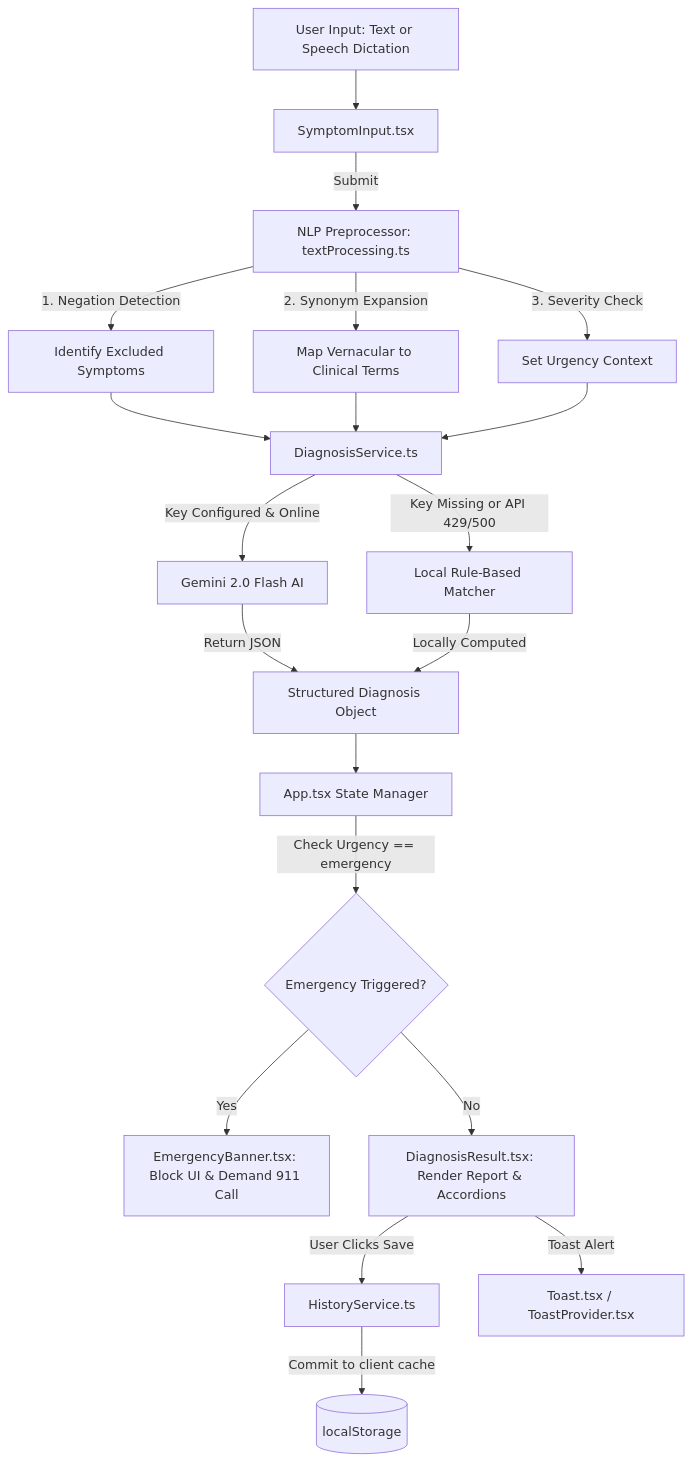
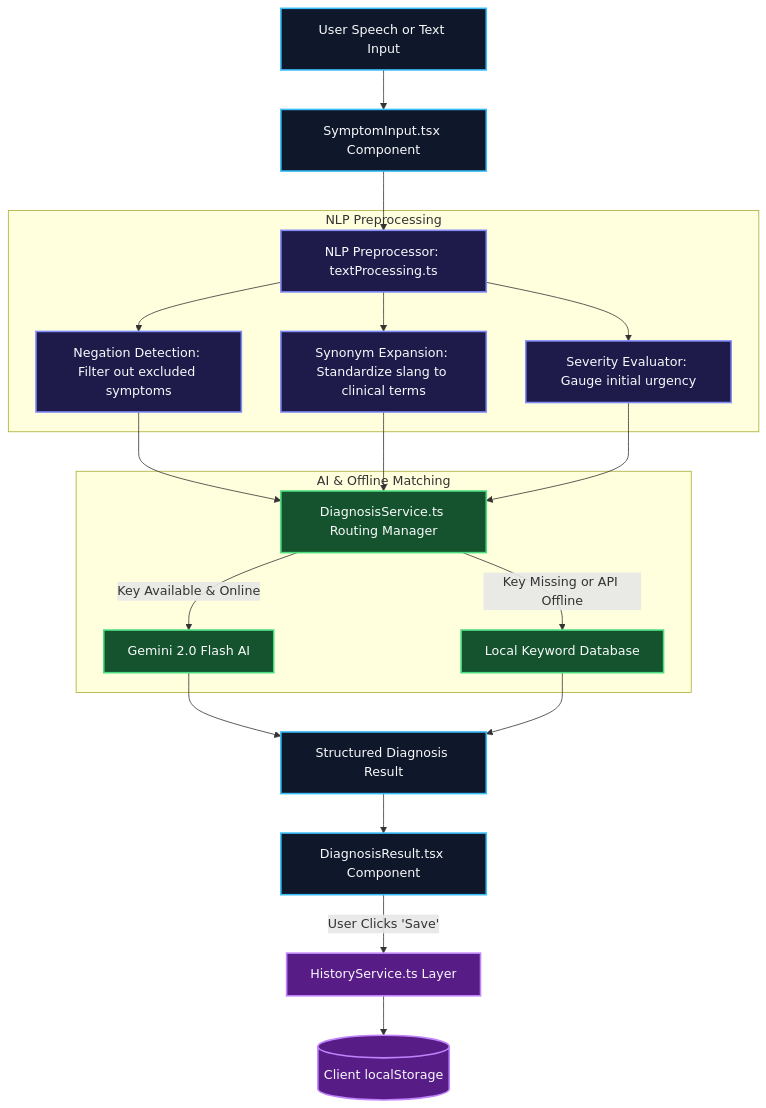
One commit to sriram21-09/AI-Powered-Health-Assistant changed the diagram in README.md. Above: the diagram before and after it, drawn with Mermaid. The commit also changed other lines of this file, not shown here.

Commit message:
docs: Redesign README.md with simple 3-step visualization, clean badges, and color-coded Mermaid architecture flowchart

````diff
--- a/README.md
+++ b/README.md
@@ -44,24 +64,37 @@
 ```mermaid
-graph TD
-    A[User Input: Text or Speech Dictation] --> B[SymptomInput.tsx]
-    B -->|Submit| C[NLP Preprocessor: textProcessing.ts]
-    C -->|1. Negation Detection| D[Identify Excluded Symptoms]
-    C -->|2. Synonym Expansion| E[Map Vernacular to Clinical Terms]
-    C -->|3. Severity Check| F[Set Urgency Context]
-    D & E & F --> G[DiagnosisService.ts]
+flowchart TD
+    %% Styling Configuration
+    classDef ui fill:#0f172a,stroke:#38bdf8,stroke-width:2px,color:#f8fafc;
+    classDef nlp fill:#1e1b4b,stroke:#818cf8,stroke-width:2px,color:#f8fafc;
+    classDef engine fill:#14532d,stroke:#4ade80,stroke-width:2px,color:#f8fafc;
+    classDef storage fill:#581c87,stroke:#c084fc,stroke-width:2px,color:#f8fafc;
+
+    %% Elements
+    Input[User Speech or Text Input]:::ui --> InputBox[SymptomInput.tsx Component]:::ui
+    InputBox --> Preprocessor[NLP Preprocessor: textProcessing.ts]:::nlp
     
-    G -->|Key Configured & Online| H[Gemini 2.0 Flash AI]
-    G -->|Key Missing or API 429/500| I[Local Rule-Based Matcher]
+    subgraph Preprocessing_Layer [NLP Preprocessing]
+        Preprocessor --> Negation[Negation Detection: Filter out excluded symptoms]:::nlp
+        Preprocessor --> Synonym[Synonym Expansion: Standardize slang to clinical terms]:::nlp
+        Preprocessor --> Severity[Severity Evaluator: Gauge initial urgency]:::nlp
+    end
+
+    Negation & Synonym & Severity --> Router[DiagnosisService.ts Routing Manager]:::engine
     
-    H -->|Return JSON| J[Structured Diagnosis Object]
-    I -->|Locally Computed| J
+    subgraph Diagnostic_Engines [AI & Offline Matching]
+        Router -->|Key Available & Online| Gemini[Gemini 2.0 Flash AI]:::engine
+        Router -->|Key Missing or API Offline| LocalFallback[Local Keyword Database]:::engine
+    end
+
+    Gemini & LocalFallback --> Output[Structured Diagnosis Result]:::ui
     
-    J --> K[App.tsx State Manager]
-    K -->|Check Urgency == emergency| L{Emergency Triggered?}
-    L -->|Yes| M[EmergencyBanner.tsx: Block UI & Demand 911 Call]
-    L -->|No| N[DiagnosisResult.tsx: Render Report & Accordions]
-    
-    N -->|User Clicks Save| O[HistoryService.ts]
-    O -->|Commit to client cache| P[(localStorage)]
-    N -->|Toast Alert| Q[Toast.tsx / ToastProvider.tsx]
+    Output --> Render[DiagnosisResult.tsx Component]:::ui
+    Render -->|User Clicks 'Save'| HistoryService[HistoryService.ts Layer]:::storage
+    HistoryService --> Storage[(Client localStorage)]:::storage
+
+    %% Classes
+    class Input,InputBox,Output,Render ui;
+    class Preprocessor,Negation,Synonym,Severity nlp;
+    class Router,Gemini,LocalFallback engine;
+    class HistoryService,Storage storage;
 ```
````
